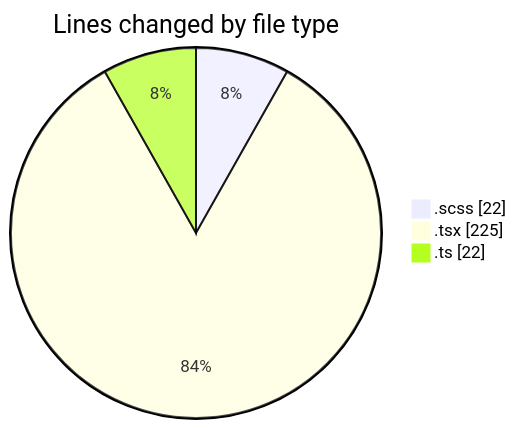
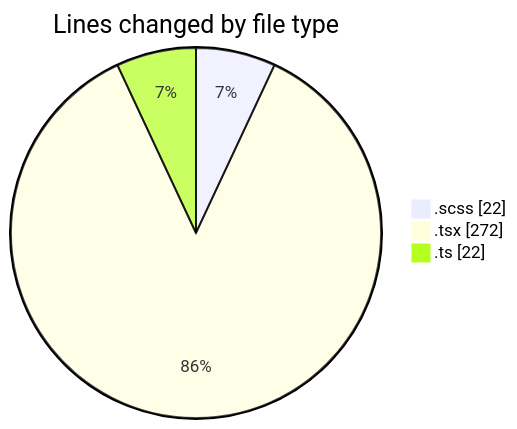
One commit to momahboobian/code-tracking changed the first of 2 diagrams in 2025-02-10/cda/README.md. Above: the diagram before and after it, drawn with Mermaid. The commit also changed other lines of this file and 1 other file, not shown here.

````diff
--- a/2025-02-10/cda/README.md
+++ b/2025-02-10/cda/README.md
@@ -22,7 +22,7 @@
 ```mermaid
 pie showData
 title Lines changed by file type
 ".scss" : 22
-".tsx" : 225
+".tsx" : 272
 ".ts" : 22
 ```
````
